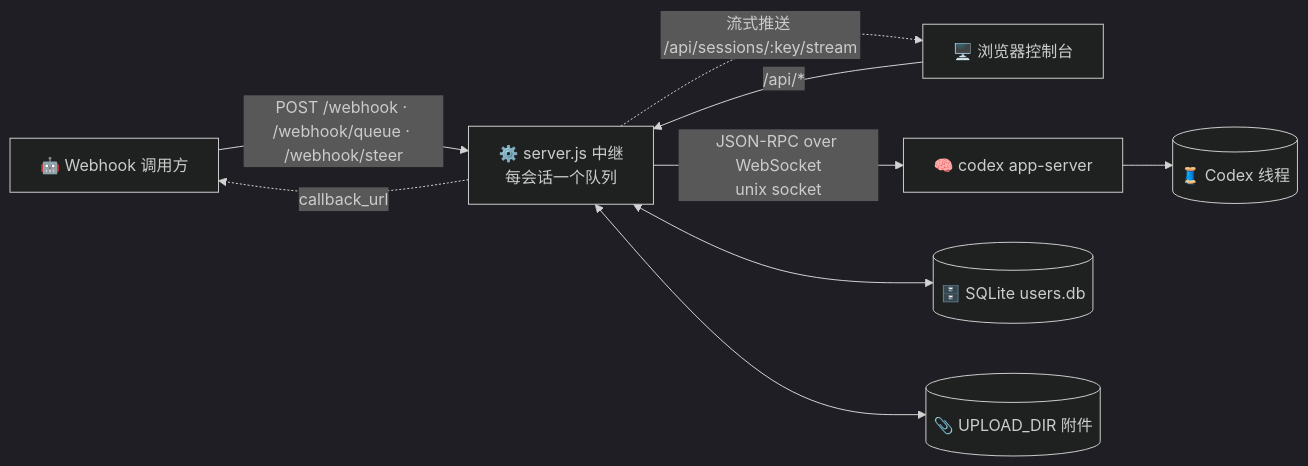
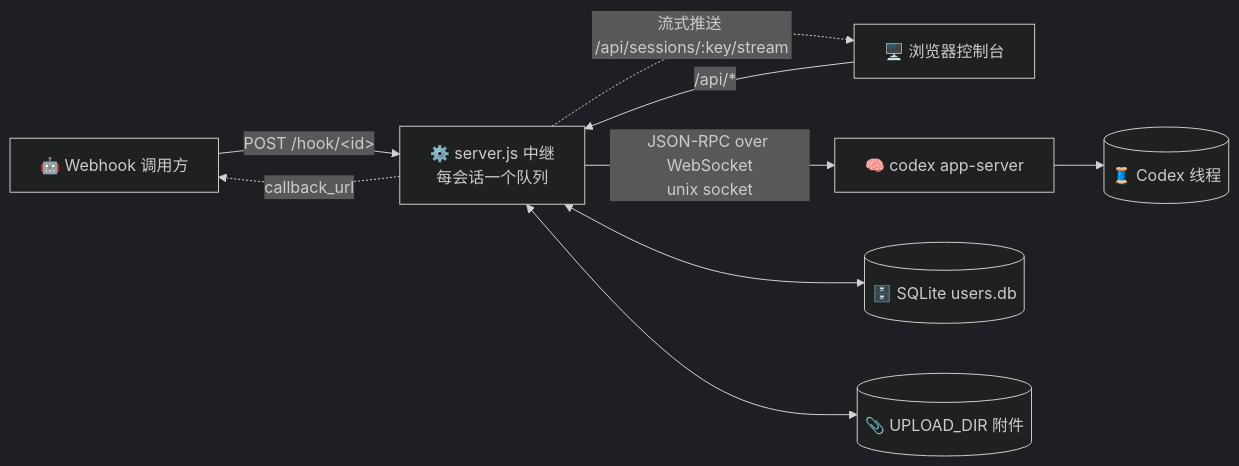
The first of 2 diagrams in README.md (dylantsai-dev/linebot-relay), drawn with Mermaid (dark theme) before and after one commit. The commit also changed other lines of this file and 1 other file, not shown here.

````diff
--- a/README.md
+++ b/README.md
@@ -41,11 +61,11 @@
 ```mermaid
 flowchart LR
-  W[🤖 Webhook 调用方] -- POST /webhook · /webhook/queue · /webhook/steer --> S
+  W[🤖 Webhook 调用方] -- POST /hook/&lt;id&gt; --> S
   B[🖥️ 浏览器控制台] -- /api/* --> S
   S[⚙️ server.js 中继<br/>每会话一个队列] -- JSON-RPC over WebSocket<br/>unix socket --> A[🧠 codex app-server]
   A --> T[(🧵 Codex 线程)]
   S <--> D[(🗄️ SQLite users.db)]
   S <--> U[(📎 UPLOAD_DIR 附件)]
   S -. 流式推送 /api/sessions/:key/stream .-> B
   S -. callback_url .-> W
 ```
````
